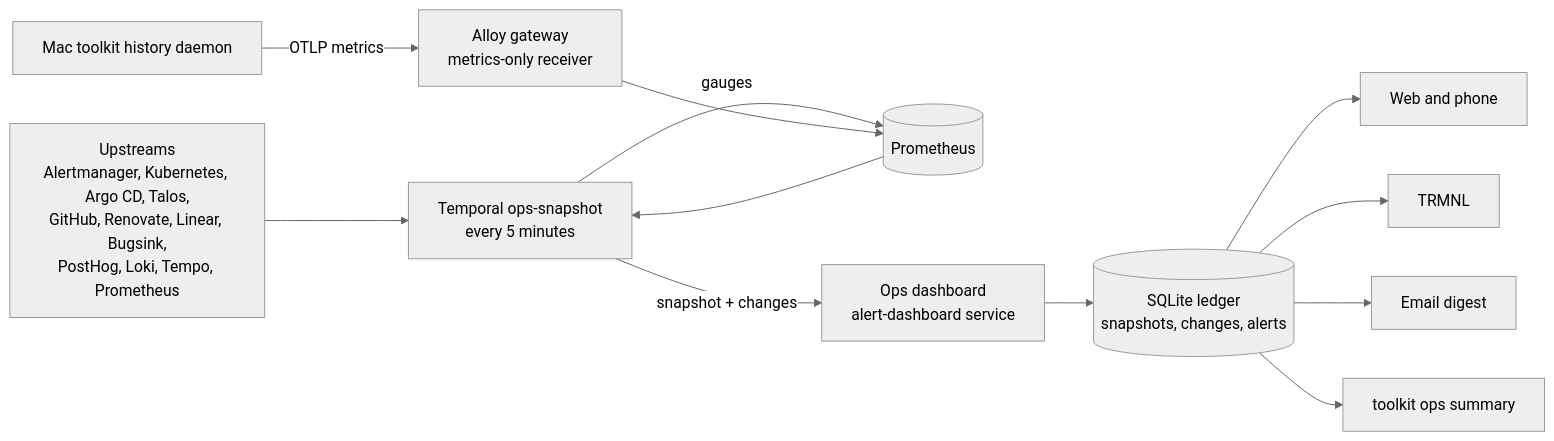
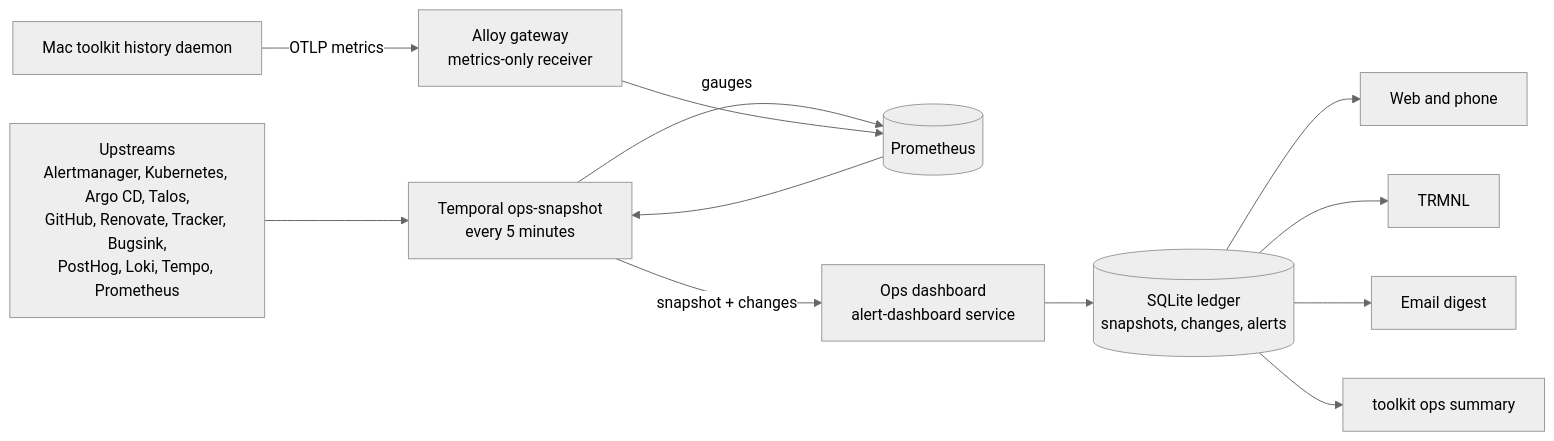
One commit to shepherdjerred/monorepo changed the diagram in packages/docs/wiki/src/content/docs/explanation/homelab/operations-overview.md. Above: the diagram before and after it, drawn with Mermaid (neutral theme). The commit also changed other lines of this file and 76 other files, not shown here.

````diff
--- a/packages/docs/wiki/src/content/docs/explanation/homelab/operations-overview.md
+++ b/packages/docs/wiki/src/content/docs/explanation/homelab/operations-overview.md
@@ -30,28 +30,28 @@
 ```mermaid
 flowchart LR
   accTitle: Operations overview data flow
   accDescr: A Temporal schedule collects every upstream into one snapshot and posts it to the ops dashboard, which stores it in SQLite. The web UI, TRMNL, the email digest, and the toolkit CLI read that snapshot. The Mac pushes AI usage metrics to Prometheus through the Alloy gateway, and the collector reads them back from Prometheus.
 
-  SRC[Upstreams\nAlertmanager, Kubernetes, Argo CD, Talos,\nGitHub, Renovate, Linear, Bugsink,\nPostHog, Loki, Tempo, Prometheus]
+  SRC[Upstreams\nAlertmanager, Kubernetes, Argo CD, Talos,\nGitHub, Renovate, Tracker, Bugsink,\nPostHog, Loki, Tempo, Prometheus]
   TEMPORAL[Temporal ops-snapshot\nevery 5 minutes]
   PROM[(Prometheus)]
   DASH[Ops dashboard\nalert-dashboard service]
   DB[(SQLite ledger\nsnapshots, changes, alerts)]
   MAC[Mac toolkit history daemon]
   ALLOY[Alloy gateway\nmetrics-only receiver]
   WEB[Web and phone]
   TRMNL[TRMNL]
   MAIL[Email digest]
   CLI[toolkit ops summary]
 
   SRC --> TEMPORAL
   TEMPORAL -->|gauges| PROM
   TEMPORAL -->|snapshot + changes| DASH
   DASH --> DB
   MAC -->|OTLP metrics| ALLOY --> PROM
   PROM --> TEMPORAL
   DB --> WEB
   DB --> TRMNL
   DB --> MAIL
   DB --> CLI
 ```
````
